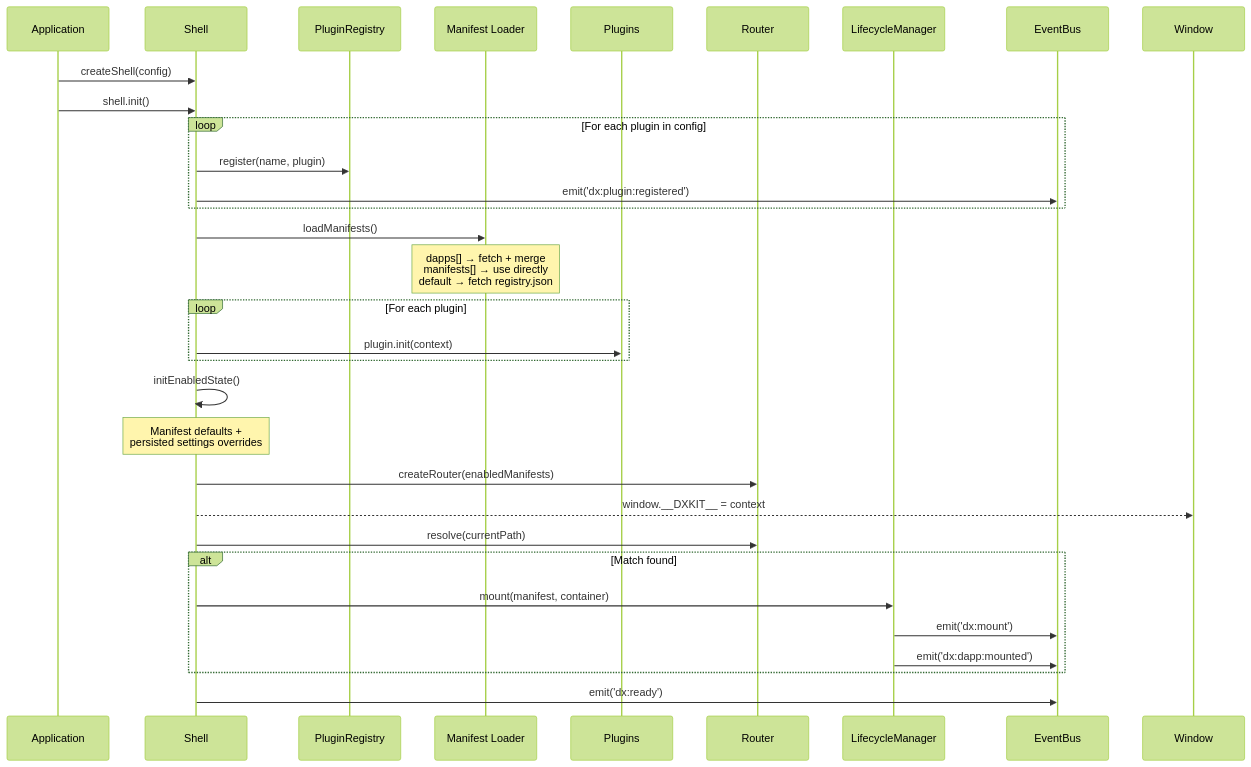
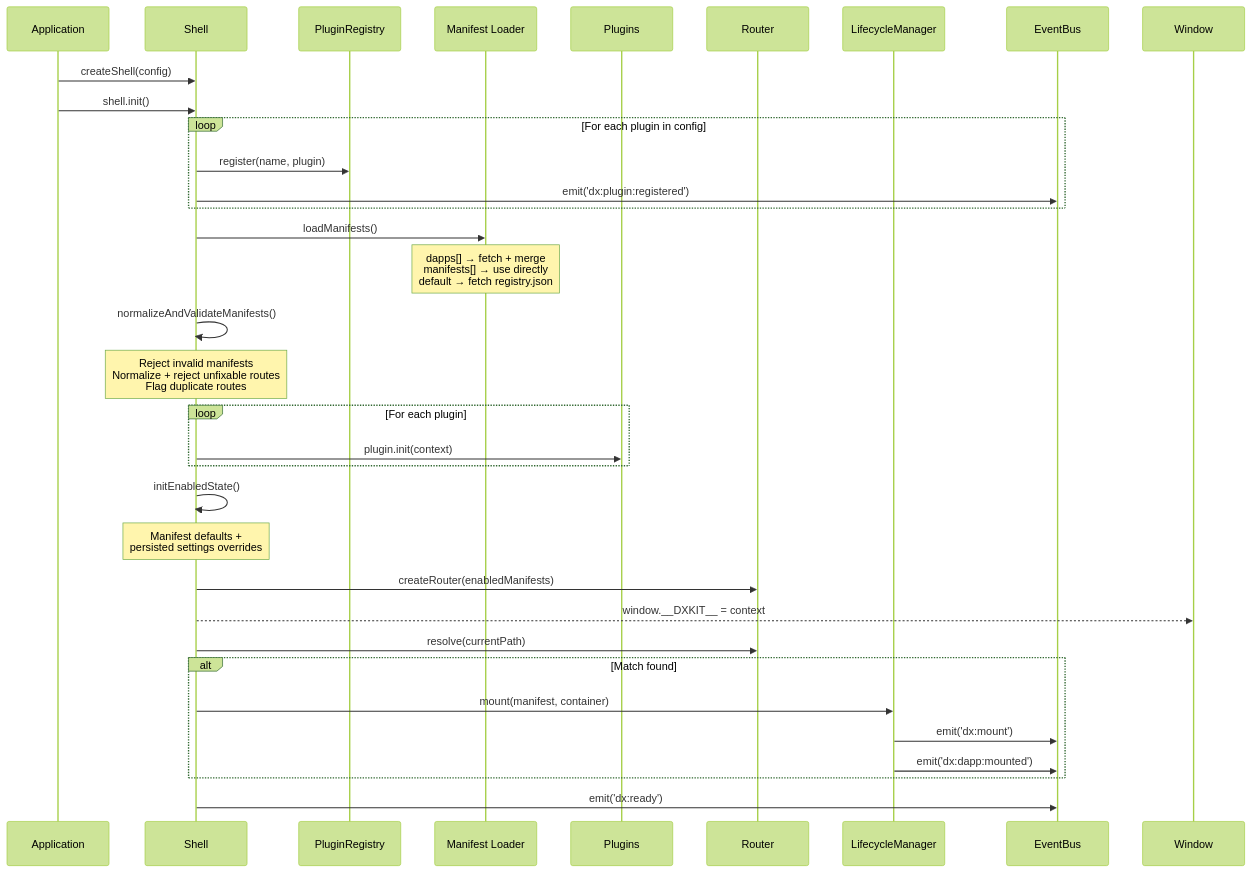
The second of 3 diagrams in docs/system-internals.md (dxnzn/dxkit), drawn with Mermaid (forest theme) before and after one commit. The commit also changed other lines of this file and 56 other files, not shown here.

````diff
--- a/docs/system-internals.md
+++ b/docs/system-internals.md
@@ -33,41 +33,44 @@
 ```mermaid
 sequenceDiagram
     participant App as Application
     participant Shell
     participant Registry as PluginRegistry
     participant Manifests as Manifest Loader
     participant Plugins as Plugins
     participant Router
     participant LC as LifecycleManager
     participant Bus as EventBus
 
     App->>Shell: createShell(config)
     App->>Shell: shell.init()
 
     loop For each plugin in config
         Shell->>Registry: register(name, plugin)
         Shell->>Bus: emit('dx:plugin:registered')
     end
 
     Shell->>Manifests: loadManifests()
     Note over Manifests: dapps[] → fetch + merge<br/>manifests[] → use directly<br/>default → fetch registry.json
 
+    Shell->>Shell: normalizeAndValidateManifests()
+    Note over Shell: Reject invalid manifests<br/>Normalize + reject unfixable routes<br/>Flag duplicate routes
+
     loop For each plugin
         Shell->>Plugins: plugin.init(context)
     end
 
     Shell->>Shell: initEnabledState()
     Note over Shell: Manifest defaults +<br/>persisted settings overrides
 
     Shell->>Router: createRouter(enabledManifests)
     Shell-->>Window: window.__DXKIT__ = context
 
     Shell->>Router: resolve(currentPath)
     alt Match found
         Shell->>LC: mount(manifest, container)
         LC->>Bus: emit('dx:mount')
         LC->>Bus: emit('dx:dapp:mounted')
     end
 
     Shell->>Bus: emit('dx:ready')
 ```
````
